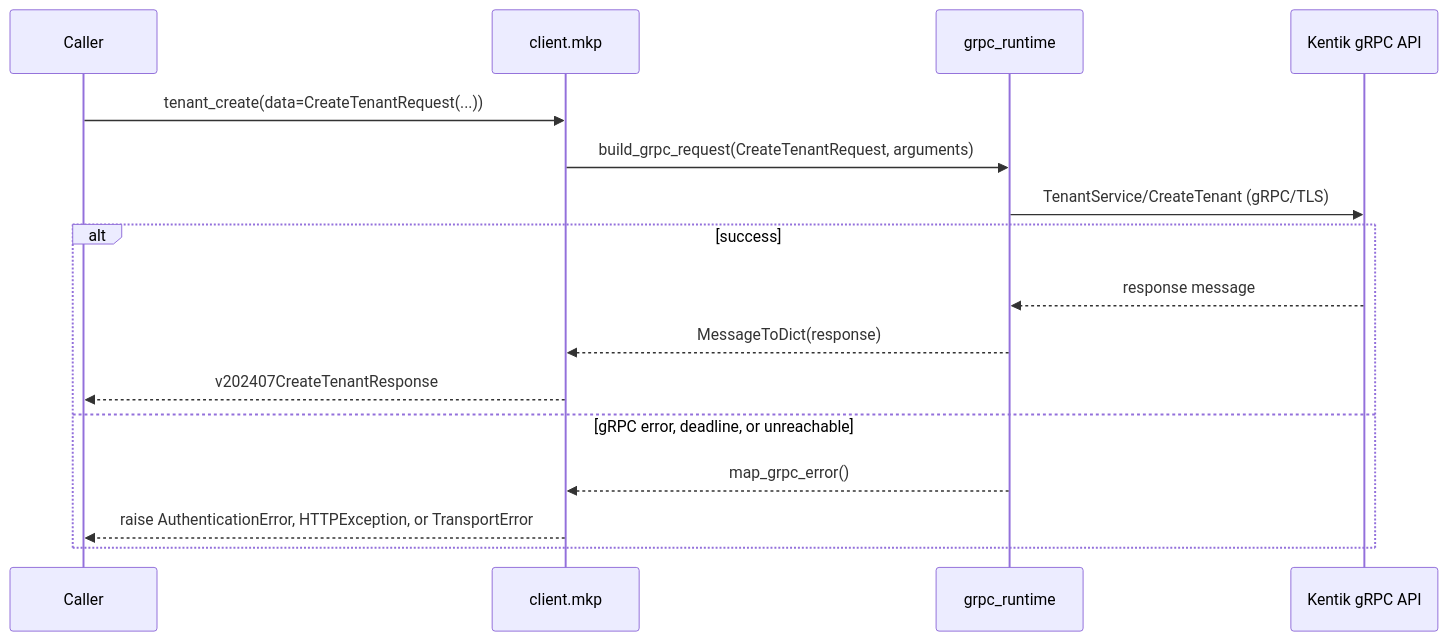
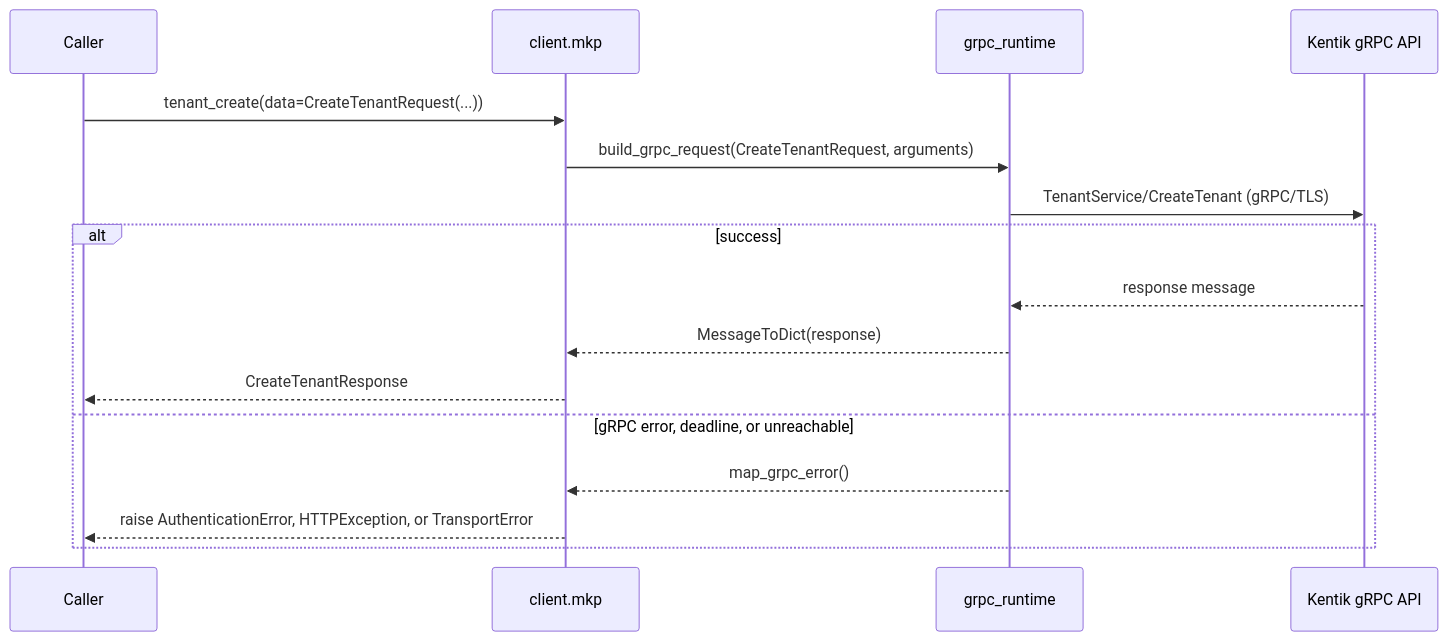
Diagram 15 of 30 in docs/sphinx/services/mkp.md (alexdearaujo/community_sdk_python), drawn with Mermaid before and after one commit. The commit also changed other lines of this file and 38 other files, not shown here.

````diff
--- a/docs/sphinx/services/mkp.md
+++ b/docs/sphinx/services/mkp.md
@@ -503,19 +503,19 @@
 ```mermaid
 sequenceDiagram
     participant C as Caller
     participant W as client.mkp
     participant R as grpc_runtime
     participant API as Kentik gRPC API
 
     C->>W: tenant_create(data=CreateTenantRequest(...))
     W->>R: build_grpc_request(CreateTenantRequest, arguments)
     R->>API: TenantService/CreateTenant (gRPC/TLS)
     alt success
         API-->>R: response message
         R-->>W: MessageToDict(response)
-        W-->>C: v202407CreateTenantResponse
+        W-->>C: CreateTenantResponse
     else gRPC error, deadline, or unreachable
         R-->>W: map_grpc_error()
         W-->>C: raise AuthenticationError, HTTPException, or TransportError
     end
 ```
````
